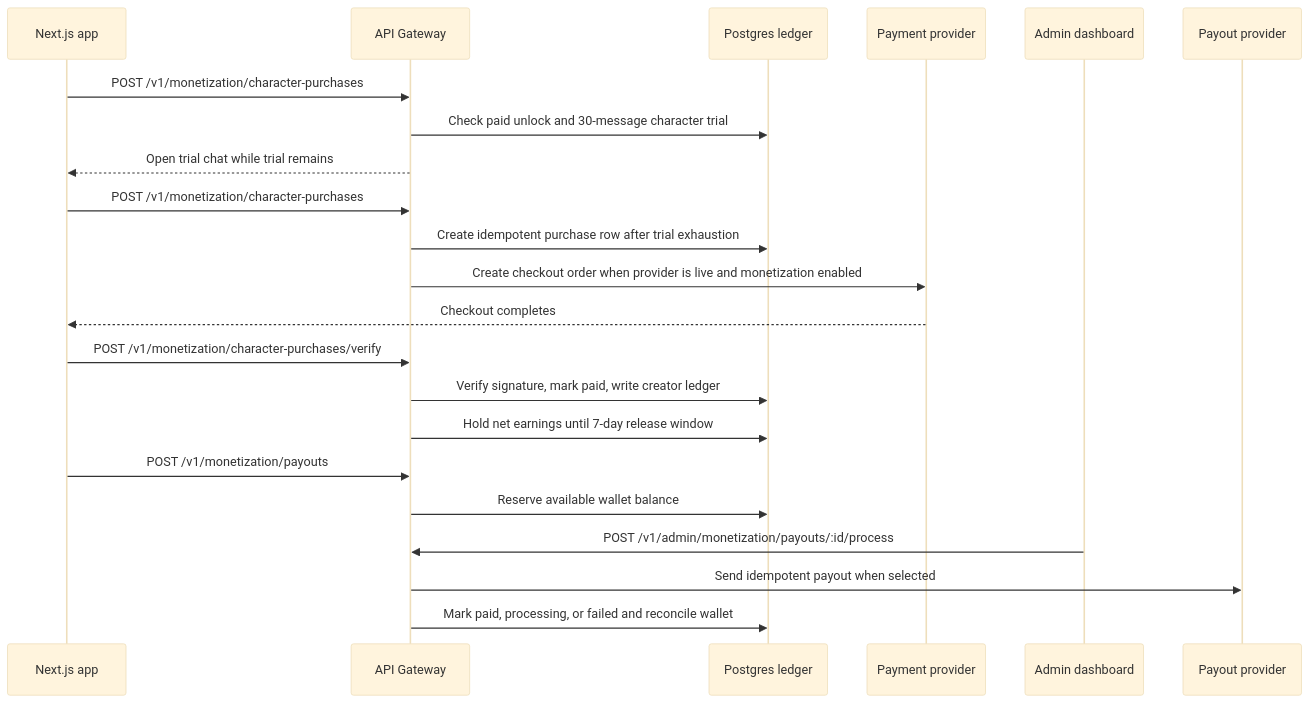
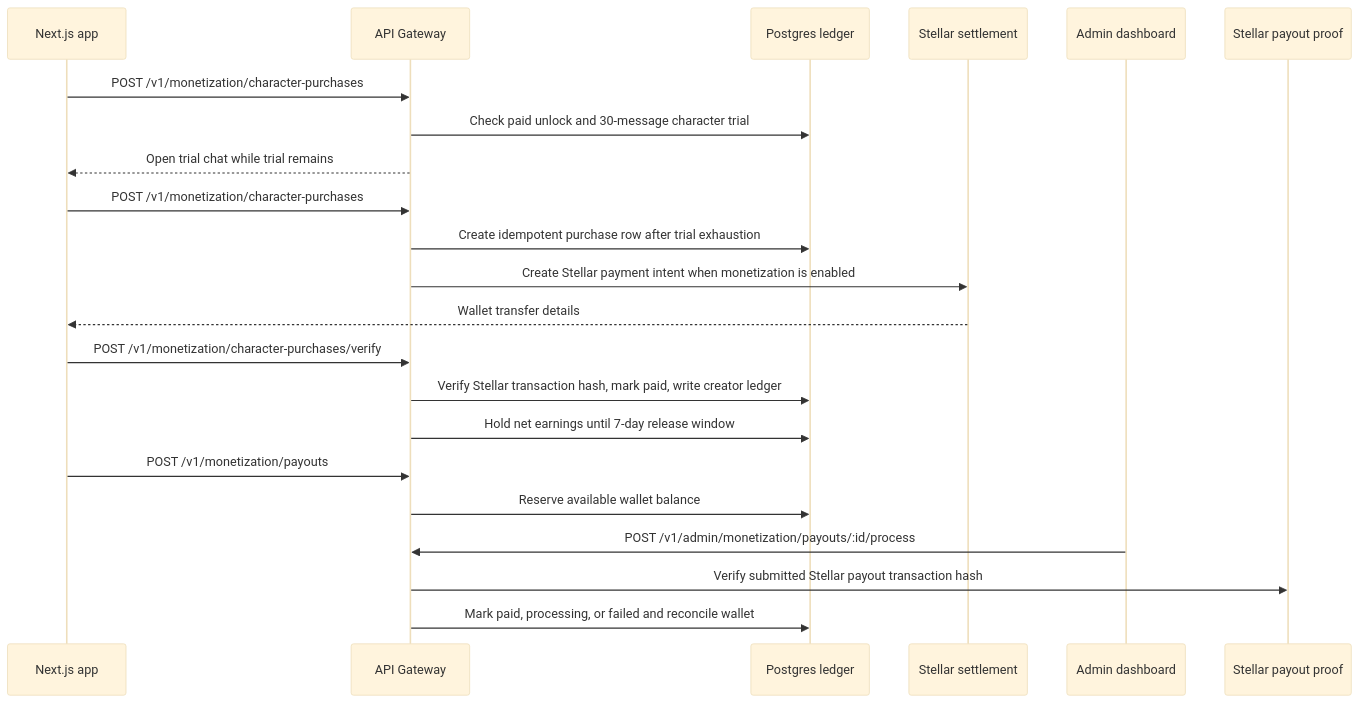
The third of 4 diagrams in docs/architecture.md (Afnanksalal/hana-chat), drawn with Mermaid (base theme) before and after one commit. The commit also changed other lines of this file and 17 other files, not shown here.

````diff
--- a/docs/architecture.md
+++ b/docs/architecture.md
@@ -95,25 +95,25 @@
 ```mermaid
 sequenceDiagram
   participant Web as Next.js app
   participant API as API Gateway
   participant DB as Postgres ledger
-  participant Payments as Payment provider
+  participant Stellar as Stellar settlement
   participant Admin as Admin dashboard
-  participant Payouts as Payout provider
+  participant Payouts as Stellar payout proof
 
   Web->>API: POST /v1/monetization/character-purchases
   API->>DB: Check paid unlock and 30-message character trial
   API-->>Web: Open trial chat while trial remains
   Web->>API: POST /v1/monetization/character-purchases
   API->>DB: Create idempotent purchase row after trial exhaustion
-  API->>Payments: Create checkout order when provider is live and monetization enabled
-  Payments-->>Web: Checkout completes
+  API->>Stellar: Create Stellar payment intent when monetization is enabled
+  Stellar-->>Web: Wallet transfer details
   Web->>API: POST /v1/monetization/character-purchases/verify
-  API->>DB: Verify signature, mark paid, write creator ledger
+  API->>DB: Verify Stellar transaction hash, mark paid, write creator ledger
   API->>DB: Hold net earnings until 7-day release window
   Web->>API: POST /v1/monetization/payouts
   API->>DB: Reserve available wallet balance
   Admin->>API: POST /v1/admin/monetization/payouts/:id/process
-  API->>Payouts: Send idempotent payout when selected
+  API->>Payouts: Verify submitted Stellar payout transaction hash
   API->>DB: Mark paid, processing, or failed and reconcile wallet
 ```
````
